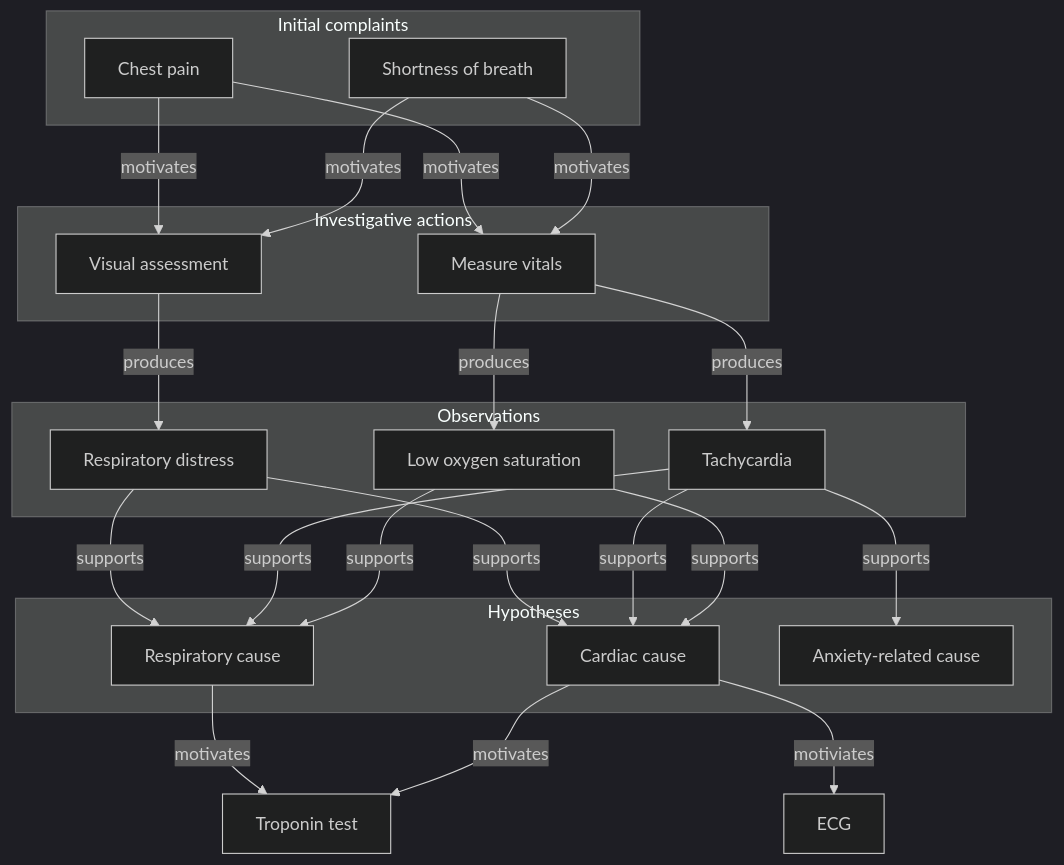
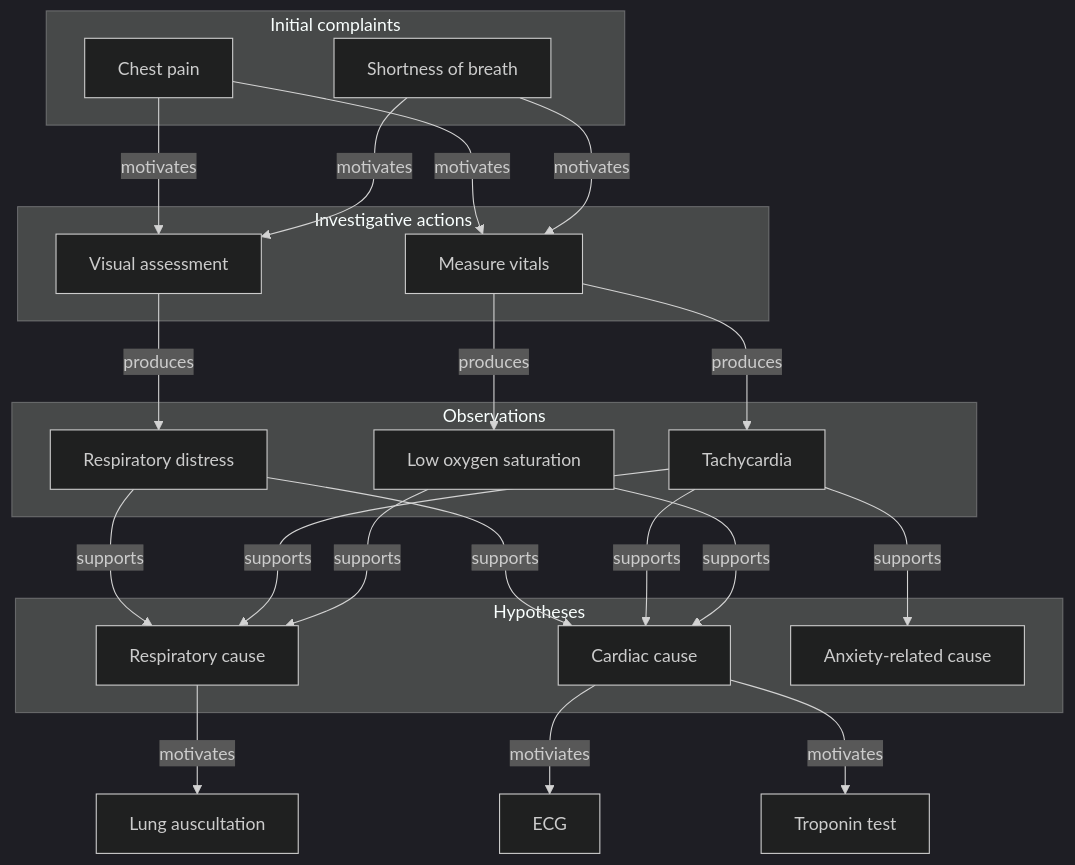
One commit to kahunacohen/why changed the diagram in diagrams/medical.mmd. Above: the diagram before and after it, drawn with Mermaid (dark theme).

Commit message:
Replace Lung auscultation label with A5

```diff
--- a/diagrams/medical.mmd
+++ b/diagrams/medical.mmd
@@ -1,50 +1,51 @@
 flowchart TD
 
   subgraph complaints["Initial complaints"]
     C1["Chest pain"]
     C2["Shortness of breath"]
   end
 
   subgraph actions["Investigative actions"]
     A1["Visual assessment"]
     A2["Measure vitals"]
   end
 
   C1 -->|motivates| A1
   C2 -->|motivates| A1
   C1 -->|motivates| A2
   C2 -->|motivates| A2
 
   subgraph observations["Observations"]
     O1["Respiratory distress"]
     O2["Tachycardia"]
     O3["Low oxygen saturation"]
   end
 
   A1 -->|produces| O1
   A2 -->|produces| O2
   A2 -->|produces| O3
 
   subgraph hypotheses["Hypotheses"]
     H1["Respiratory cause"]
     H2["Cardiac cause"]
     H3["Anxiety-related cause"]
   end
 
   O1 -->|supports| H1
   O1 -->|supports| H2
 
   O2 -->|supports| H1
   O2 -->|supports| H2
   O2 -->|supports| H3
 
   O3 -->|supports| H1
   O3 -->|supports| H2
 
-  A4["Lung auscultation"]
-  H1 --> |motivates| A4
+  A5["Lung auscultation"]
+  H1 --> |motivates| A5
+  
   A3["ECG"]
   A4["Troponin test"]
 
   H2 -->|motiviates| A3
   H2 -->|motivates| A4
```
